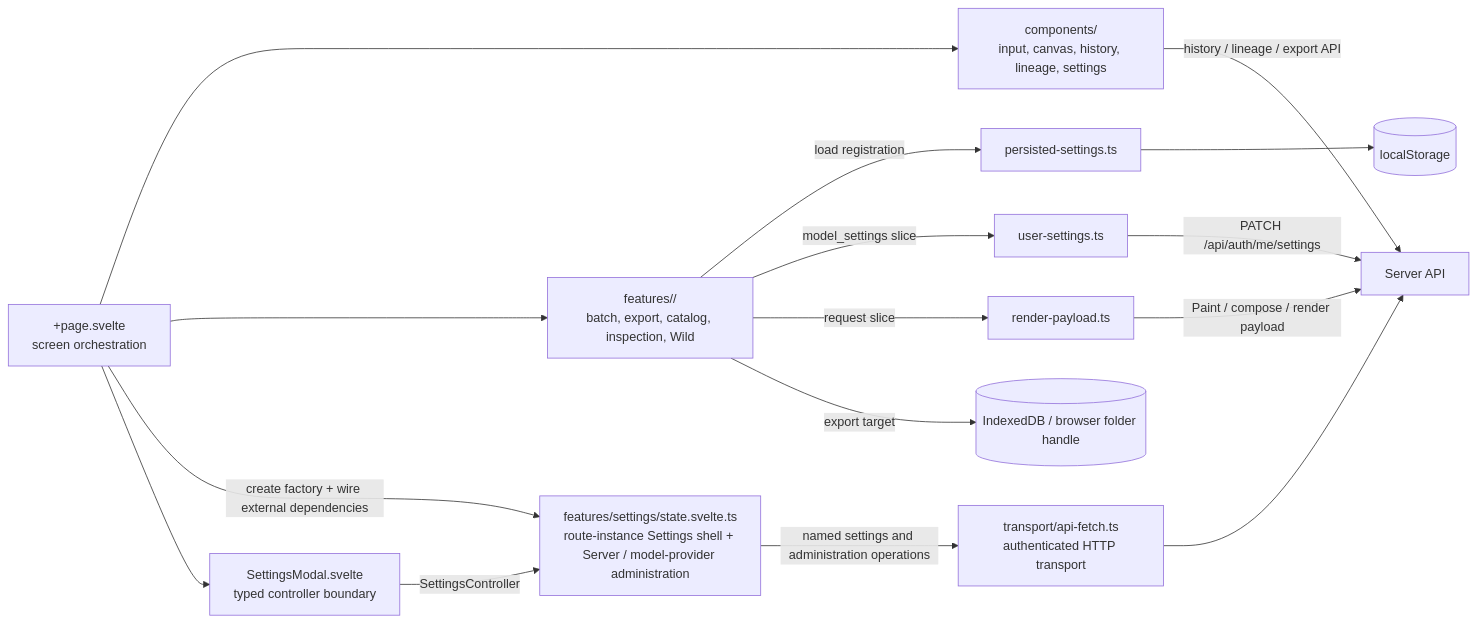
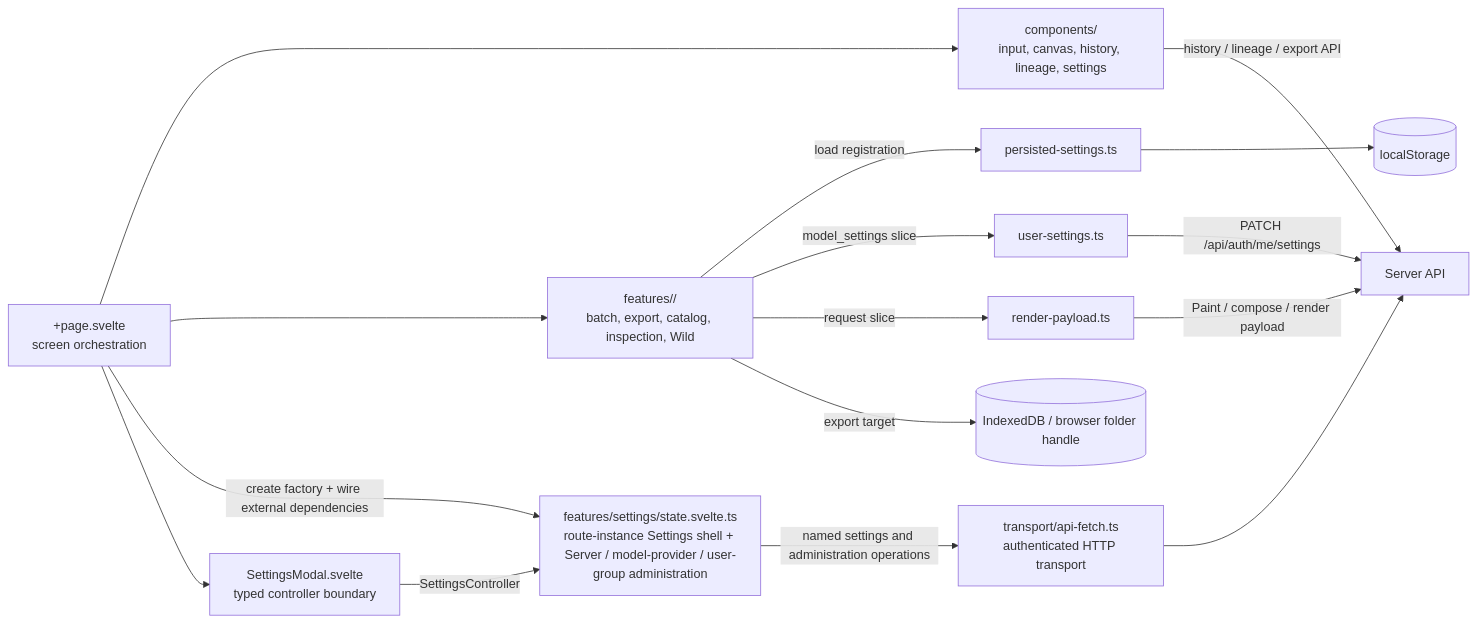
The second of 2 diagrams in docs/architecture/client-boundaries.md (oikawas/inku-lang), drawn with Mermaid before and after one commit. The commit also changed other lines of this file and 5 other files, not shown here.

Commit message:
refactor(web): move user administration to settings owner

````diff
--- a/docs/architecture/client-boundaries.md
+++ b/docs/architecture/client-boundaries.md
@@ -31,31 +31,31 @@
 ```mermaid
 flowchart LR
     PAGE["+page.svelte\nscreen orchestration"]
     COMPONENTS["components/\ninput, canvas, history, lineage, settings"]
     FEATURES["features/<name>/\nbatch, export, catalog, inspection, Wild"]
-    SETTINGS["features/settings/state.svelte.ts\nroute-instance Settings shell + Server / model-provider administration"]
+    SETTINGS["features/settings/state.svelte.ts\nroute-instance Settings shell + Server / model-provider / user-group administration"]
     SETTINGS_MODAL["SettingsModal.svelte\ntyped controller boundary"]
     TRANSPORT["transport/api-fetch.ts\nauthenticated HTTP transport"]
     PERSIST["persisted-settings.ts"]
     USERSET["user-settings.ts"]
     PAYLOAD["render-payload.ts"]
     LOCAL[("localStorage")]
     INDEXED[("IndexedDB / browser folder handle")]
     API["Server API"]
 
     PAGE --> COMPONENTS
     PAGE --> FEATURES
     PAGE -->|"create factory + wire external dependencies"| SETTINGS
     PAGE --> SETTINGS_MODAL
     SETTINGS_MODAL -->|"SettingsController"| SETTINGS
     SETTINGS -->|"named settings and administration operations"| TRANSPORT
     TRANSPORT --> API
     FEATURES -->|"load registration"| PERSIST
     FEATURES -->|"model_settings slice"| USERSET
     FEATURES -->|"request slice"| PAYLOAD
     PERSIST --> LOCAL
     USERSET -->|"PATCH /api/auth/me/settings"| API
     PAYLOAD -->|"Paint / compose / render payload"| API
     FEATURES -->|"export target"| INDEXED
     COMPONENTS -->|"history / lineage / export API"| API
 ```
````
